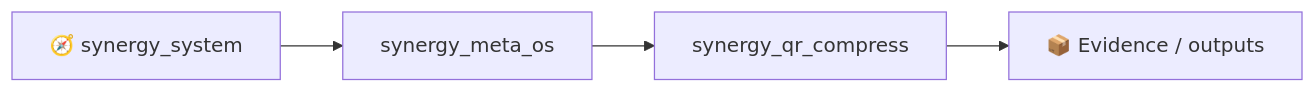
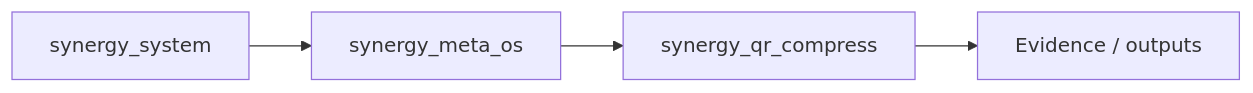
Before and after one commit to Shtenco/synergy_qr_compress: the first of 2 diagrams in README.md, drawn with Mermaid. The commit also changed other lines of this file, not shown here.

````diff
--- a/README.md
+++ b/README.md
@@ -250,6 +250,6 @@
 ```mermaid
 flowchart LR
-    SYS[🧭 synergy_system] --> P[synergy_meta_os]
+    SYS[ synergy_system] --> P[synergy_meta_os]
     P --> THIS[synergy_qr_compress]
-    THIS --> E[📦 Evidence / outputs]
+    THIS --> E[ Evidence / outputs]
 ```
````
